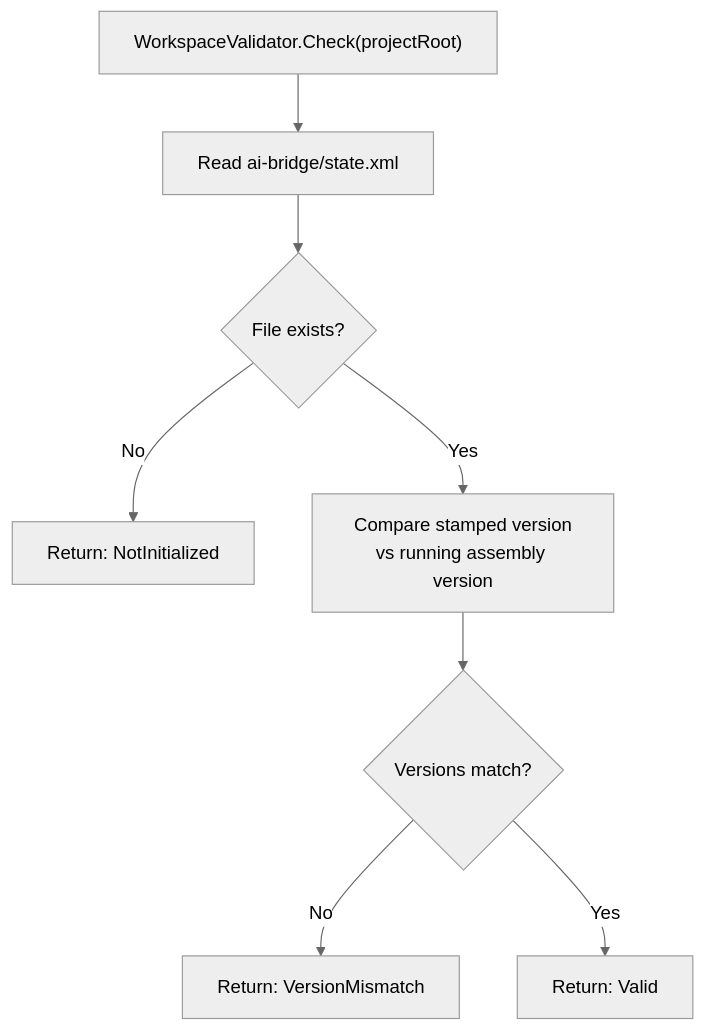
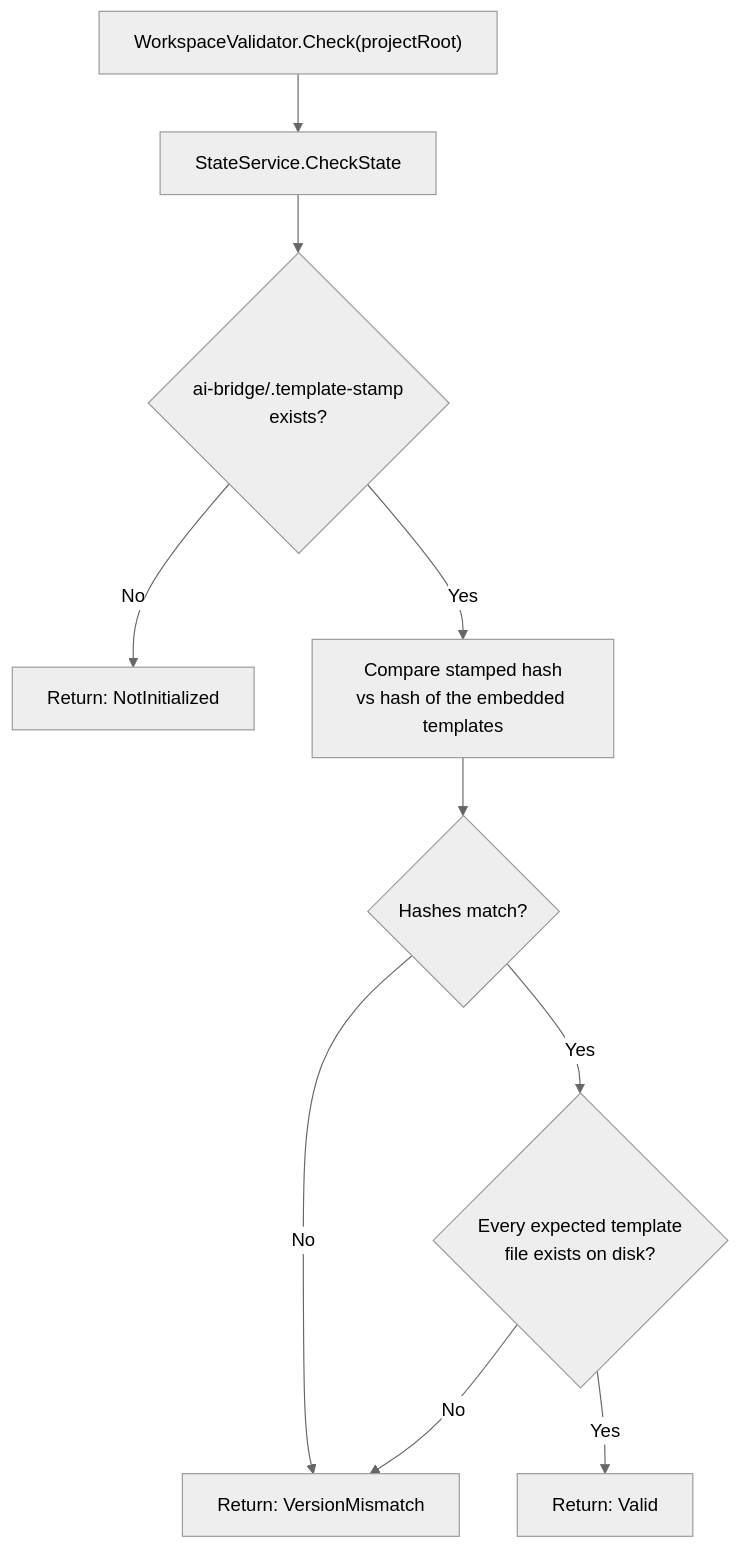
Before and after one commit to arpanvgm/ai-bridge: the first of 8 diagrams in workflows/CORE.md, drawn with Mermaid (neutral theme). The commit also changed other lines of this file and 14 other files, not shown here.

```diff
--- a/workflows/CORE.md
+++ b/workflows/CORE.md
@@ -12,11 +13,13 @@
 ~~~mermaid
 flowchart TD
     Start["WorkspaceValidator.Check(projectRoot)"]
-    Start --> ReadState["Read ai-bridge/state.xml"]
-    ReadState --> Missing{"File exists?"}
-    Missing -- "No" --> NotInit["Return: NotInitialized"]
-    Missing -- "Yes" --> Compare["Compare stamped version\nvs running assembly version"]
-    Compare --> Match{"Versions match?"}
+    Start --> CheckState["StateService.CheckState"]
+    CheckState --> Stamp{"ai-bridge/.template-stamp\nexists?"}
+    Stamp -- "No" --> NotInit["Return: NotInitialized"]
+    Stamp -- "Yes" --> Compare["Compare stamped hash\nvs hash of the embedded templates"]
+    Compare --> Match{"Hashes match?"}
     Match -- "No" --> Mismatch["Return: VersionMismatch"]
-    Match -- "Yes" --> Valid["Return: Valid"]
+    Match -- "Yes" --> Files{"Every expected template\nfile exists on disk?"}
+    Files -- "No" --> Mismatch
+    Files -- "Yes" --> Valid["Return: Valid"]
 ~~~
```
